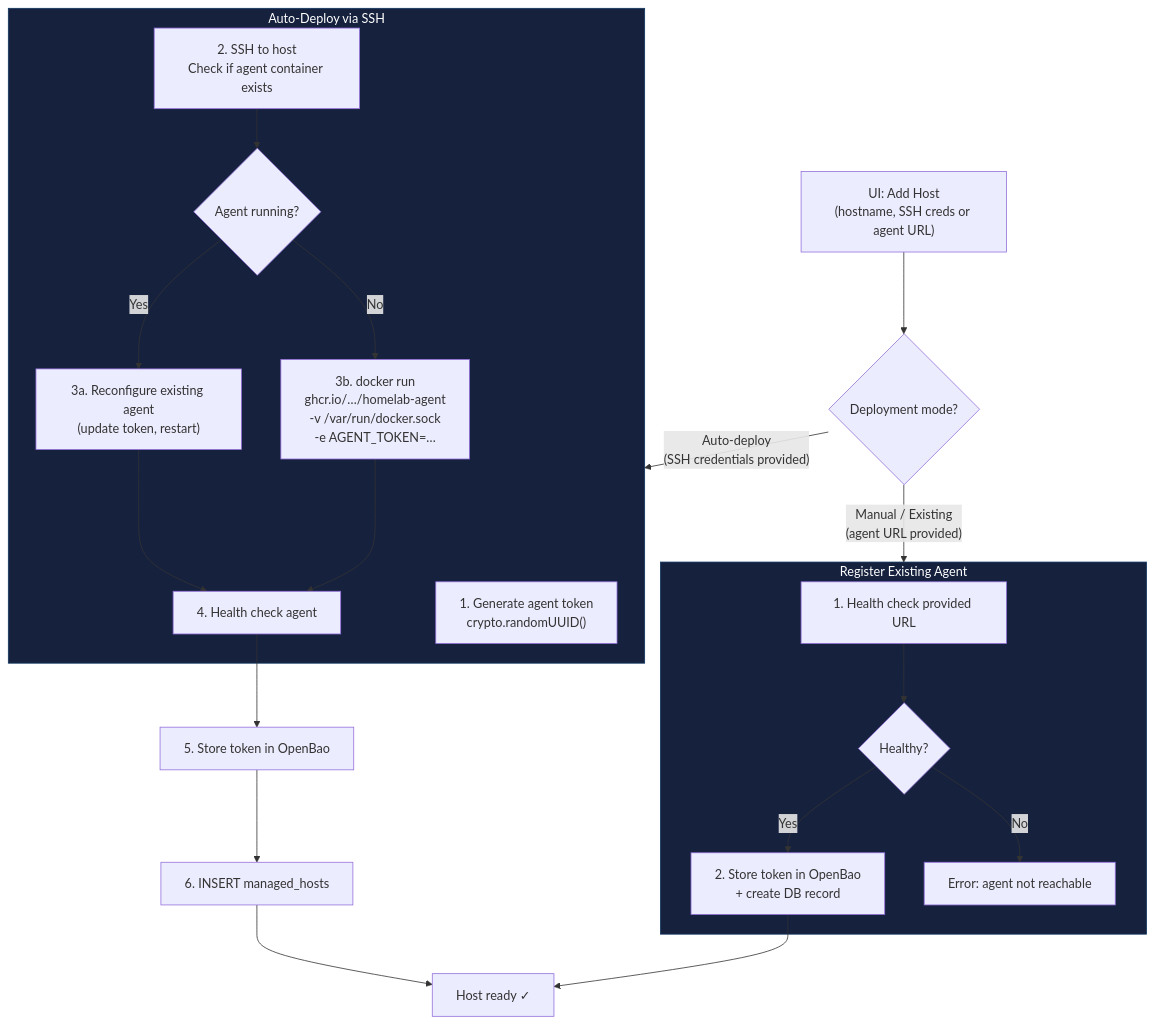
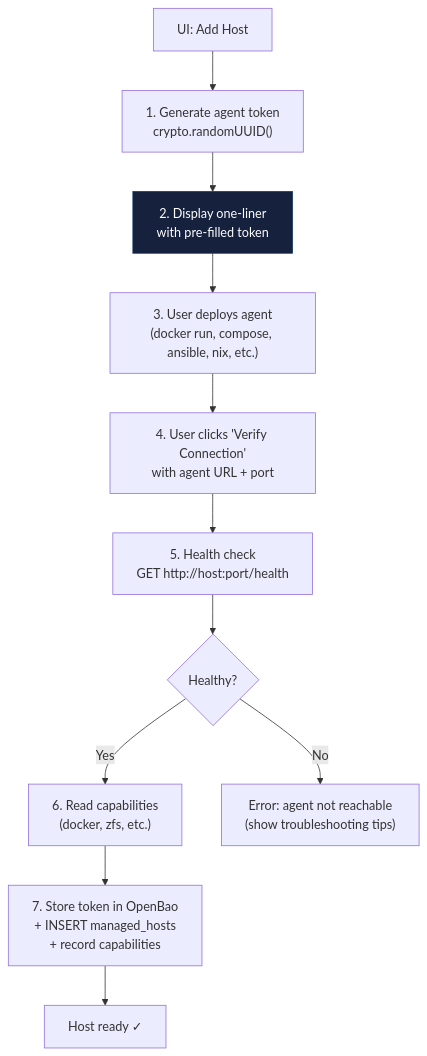
Before and after one commit to jaredglaser/homelab-manager: the ninth of 10 diagrams in docs/openbao-architecture.md, drawn with Mermaid. The commit also changed other lines of this file and 1 other file, not shown here.

First line of the commit message:
docs: evolve agent into universal homelab sidecar

````diff
--- a/docs/openbao-architecture.md
+++ b/docs/openbao-architecture.md
@@ -333,33 +410,15 @@
 ```mermaid
 flowchart TD
-    UI["UI: Add Host<br/>(hostname, SSH creds or agent URL)"] --> MODE{Deployment mode?}
+    UI["UI: Add Host"] --> GEN["1. Generate agent token<br/>crypto.randomUUID()"]
+    GEN --> SHOW["2. Display one-liner<br/>with pre-filled token"]
+    SHOW --> WAIT["3. User deploys agent<br/>(docker run, compose, ansible, nix, etc.)"]
+    WAIT --> REGISTER["4. User clicks 'Verify Connection'<br/>with agent URL + port"]
+    REGISTER --> HEALTH["5. Health check<br/>GET http://host:port/health"]
+    HEALTH --> OK{Healthy?}
+    OK -->|"Yes"| CAPS["6. Read capabilities<br/>(docker, zfs, etc.)"]
+    CAPS --> STORE["7. Store token in OpenBao<br/>+ INSERT managed_hosts<br/>+ record capabilities"]
+    STORE --> DONE["Host ready ✓"]
+    OK -->|"No"| FAIL["Error: agent not reachable<br/>(show troubleshooting tips)"]
 
-    MODE -->|"Auto-deploy<br/>(SSH credentials provided)"| SSH_DEPLOY
-    MODE -->|"Manual / Existing<br/>(agent URL provided)"| REGISTER
-
-    subgraph SSH_DEPLOY["Auto-Deploy via SSH"]
-        GEN_TOKEN["1. Generate agent token<br/>crypto.randomUUID()"]
-        SSH_CHECK["2. SSH to host<br/>Check if agent container exists"]
-        SSH_CHECK --> EXISTS{Agent running?}
-        EXISTS -->|"Yes"| RECONFIG["3a. Reconfigure existing agent<br/>(update token, restart)"]
-        EXISTS -->|"No"| DEPLOY["3b. docker run<br/>ghcr.io/…/homelab-agent<br/>-v /var/run/docker.sock<br/>-e AGENT_TOKEN=…"]
-        RECONFIG --> HEALTH_SSH["4. Health check agent"]
-        DEPLOY --> HEALTH_SSH
-    end
-
-    subgraph REGISTER["Register Existing Agent"]
-        HEALTH_REG["1. Health check provided URL"]
-        HEALTH_REG --> REG_OK{Healthy?}
-        REG_OK -->|"Yes"| STORE_REG["2. Store token in OpenBao<br/>+ create DB record"]
-        REG_OK -->|"No"| FAIL_REG["Error: agent not reachable"]
-    end
-
-    HEALTH_SSH --> STORE["5. Store token in OpenBao"]
-    STORE --> DB_REC["6. INSERT managed_hosts"]
-    DB_REC --> DONE["Host ready ✓"]
-
-    STORE_REG --> DONE
-
-    style SSH_DEPLOY fill:#16213e,stroke:#0f3460,color:#fff
-    style REGISTER fill:#16213e,stroke:#0f3460,color:#fff
+    style SHOW fill:#16213e,stroke:#0f3460,color:#fff
 ```
````
